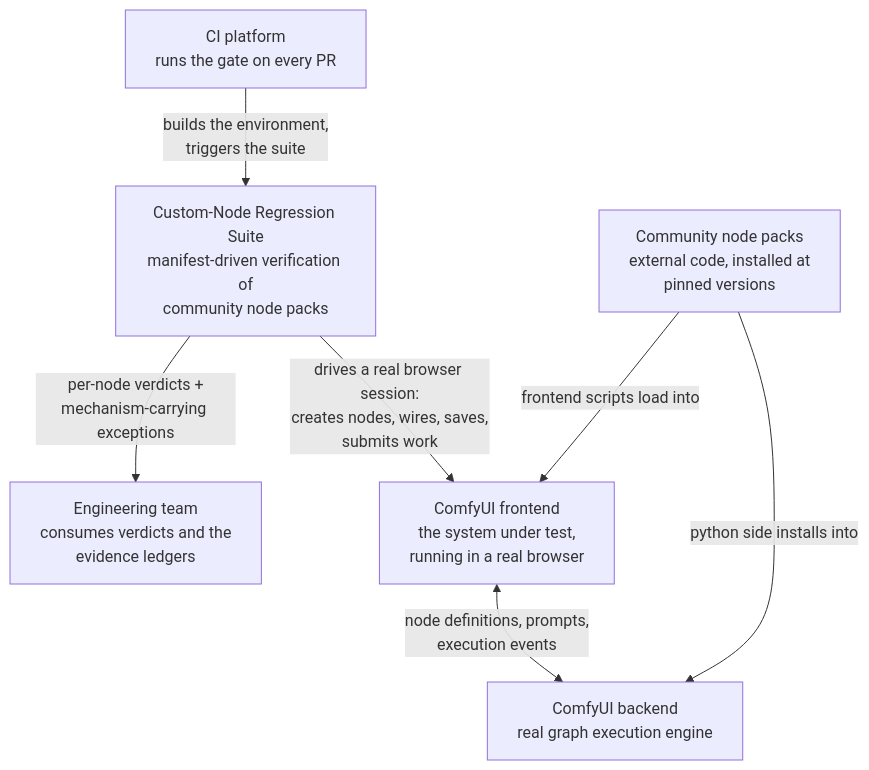
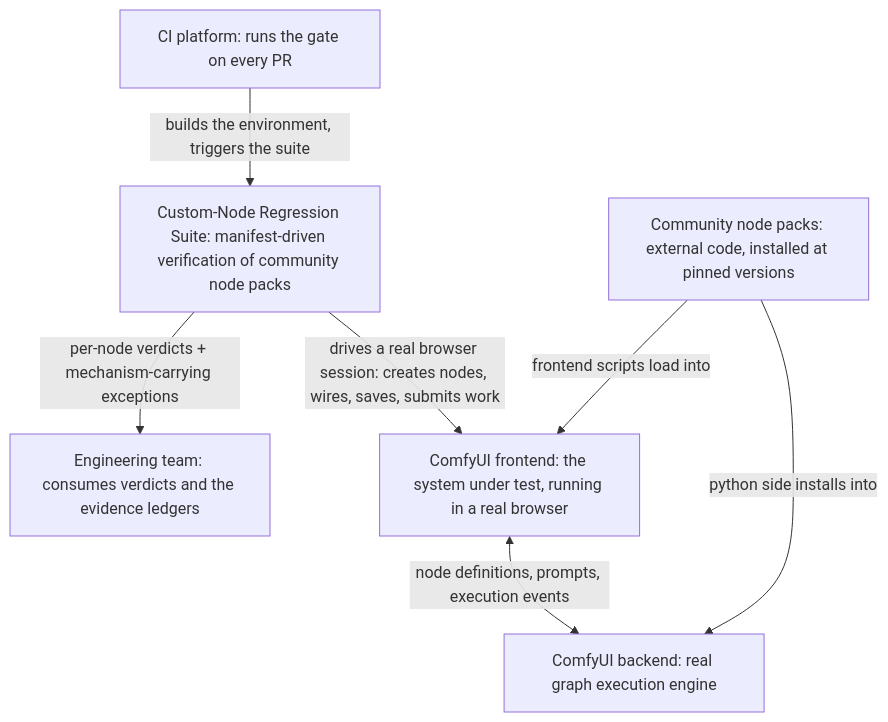
One commit to Comfy-Org/ComfyUI_frontend changed the first of 8 diagrams in browser_tests/tests/customNodes/ARCHITECTURE.md. Above: the diagram before and after it, drawn with Mermaid. The commit also changed other lines of this file, not shown here.

First line of the commit message:
docs(custom-nodes): wide diagram boxes - strip forced line breaks from D1-D4

````diff
--- a/browser_tests/tests/customNodes/ARCHITECTURE.md
+++ b/browser_tests/tests/customNodes/ARCHITECTURE.md
@@ -103,15 +103,15 @@
 ```mermaid
 flowchart TB
-    TEAM["Engineering team<br/>consumes verdicts and the<br/>evidence ledgers"]
-    CIP["CI platform<br/>runs the gate on every PR"]
-    SUITE["Custom-Node Regression Suite<br/>manifest-driven verification of<br/>community node packs"]
-    FE["ComfyUI frontend<br/>the system under test,<br/>running in a real browser"]
-    BE["ComfyUI backend<br/>real graph execution engine"]
-    PACKS["Community node packs<br/>external code, installed at<br/>pinned versions"]
-    CIP -->|"builds the environment,<br/>triggers the suite"| SUITE
-    SUITE -->|"drives a real browser session:<br/>creates nodes, wires, saves,<br/>submits work"| FE
-    FE <-->|"node definitions, prompts,<br/>execution events"| BE
+    TEAM["Engineering team: consumes verdicts and the evidence ledgers"]
+    CIP["CI platform: runs the gate on every PR"]
+    SUITE["Custom-Node Regression Suite: manifest-driven verification of community node packs"]
+    FE["ComfyUI frontend: the system under test, running in a real browser"]
+    BE["ComfyUI backend: real graph execution engine"]
+    PACKS["Community node packs: external code, installed at pinned versions"]
+    CIP -->|"builds the environment, triggers the suite"| SUITE
+    SUITE -->|"drives a real browser session: creates nodes, wires, saves, submits work"| FE
+    FE <-->|"node definitions, prompts, execution events"| BE
     PACKS -->|"python side installs into"| BE
     PACKS -->|"frontend scripts load into"| FE
-    SUITE -->|"per-node verdicts +<br/>mechanism-carrying exceptions"| TEAM
+    SUITE -->|"per-node verdicts + mechanism-carrying exceptions"| TEAM
 ```
````
